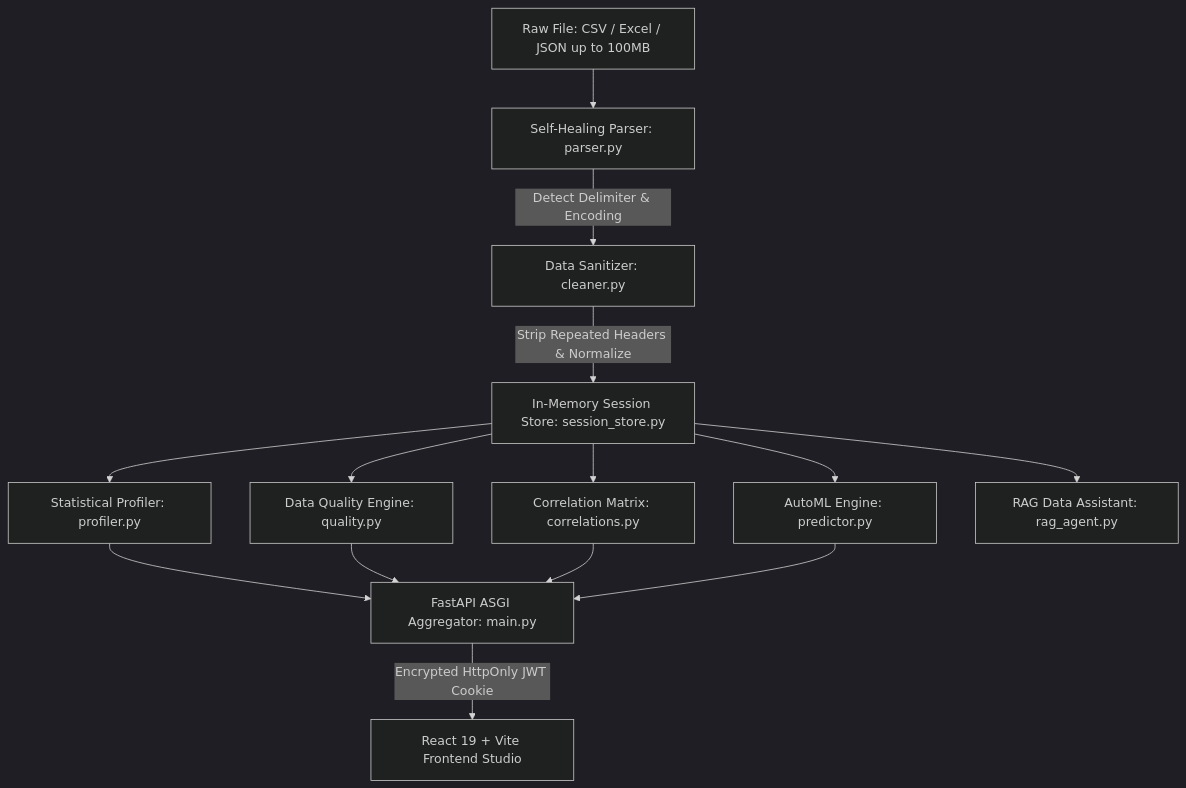
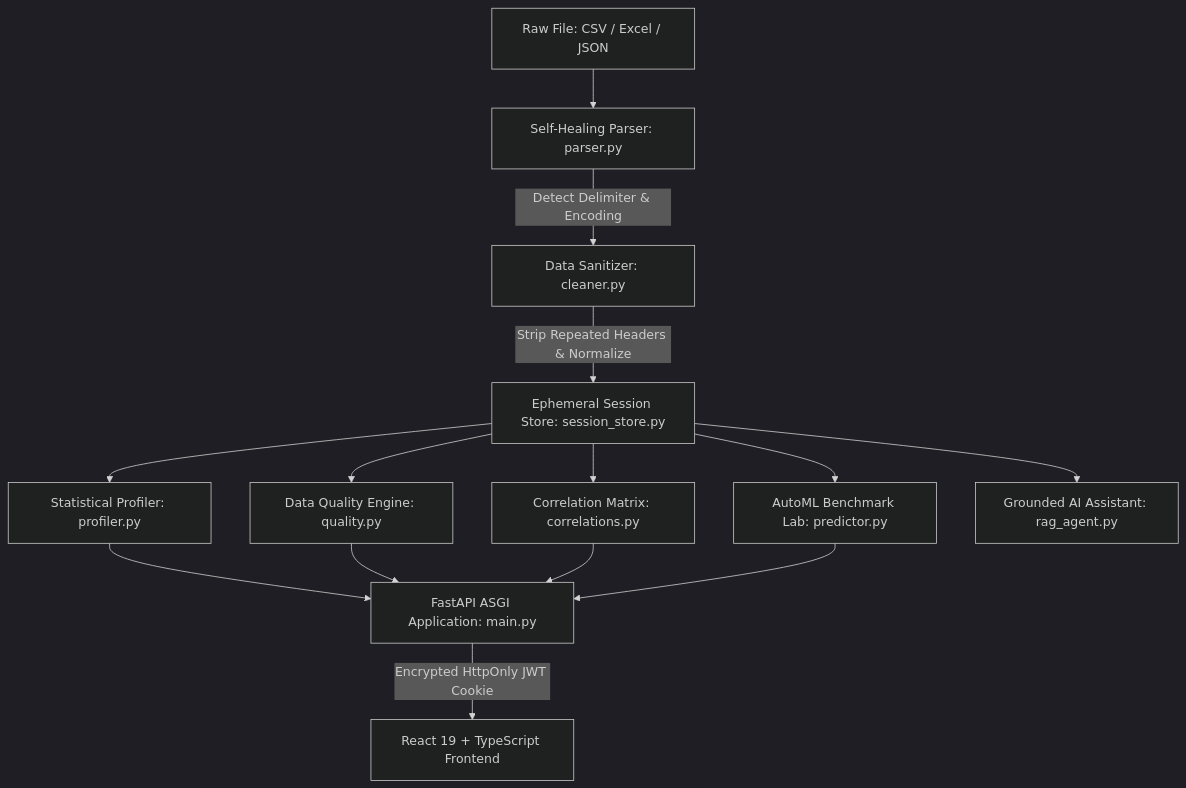
One commit to Mk-x404/DataFect changed the diagram in README.md. Above: the diagram before and after it, drawn with Mermaid (dark theme). The commit also changed other lines of this file and 42 other files, not shown here.

````diff
--- a/README.md
+++ b/README.md
@@ -91,13 +89,13 @@
 ```mermaid
 flowchart TD
-    A[Raw File: CSV / Excel / JSON up to 100MB] --> B[Self-Healing Parser: parser.py]
+    A[Raw File: CSV / Excel / JSON] --> B[Self-Healing Parser: parser.py]
     B -->|Detect Delimiter & Encoding| C[Data Sanitizer: cleaner.py]
-    C -->|Strip Repeated Headers & Normalize| D[In-Memory Session Store: session_store.py]
+    C -->|Strip Repeated Headers & Normalize| D[Ephemeral Session Store: session_store.py]
     D --> E[Statistical Profiler: profiler.py]
     D --> F[Data Quality Engine: quality.py]
     D --> G[Correlation Matrix: correlations.py]
-    D --> H[AutoML Engine: predictor.py]
-    D --> I[RAG Data Assistant: rag_agent.py]
-    E & F & G & H --> J[FastAPI ASGI Aggregator: main.py]
-    J -->|Encrypted HttpOnly JWT Cookie| K[React 19 + Vite Frontend Studio]
+    D --> H[AutoML Benchmark Lab: predictor.py]
+    D --> I[Grounded AI Assistant: rag_agent.py]
+    E & F & G & H --> J[FastAPI ASGI Application: main.py]
+    J -->|Encrypted HttpOnly JWT Cookie| K[React 19 + TypeScript Frontend]
 ```
````
